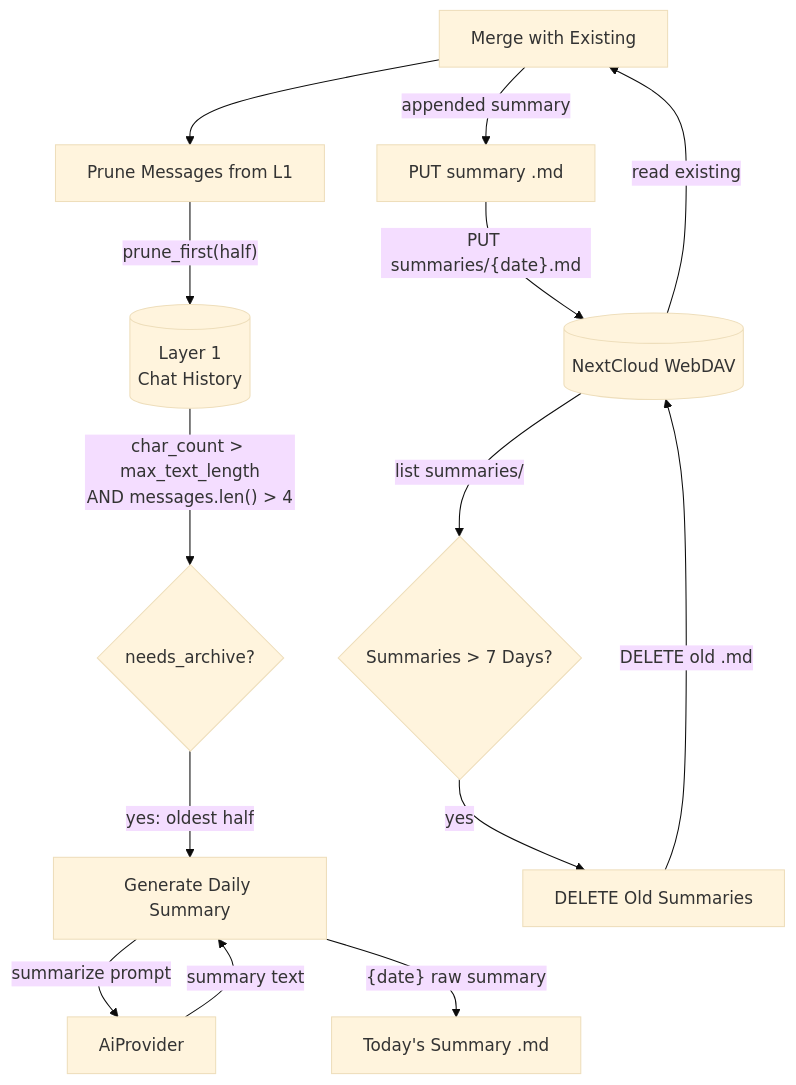
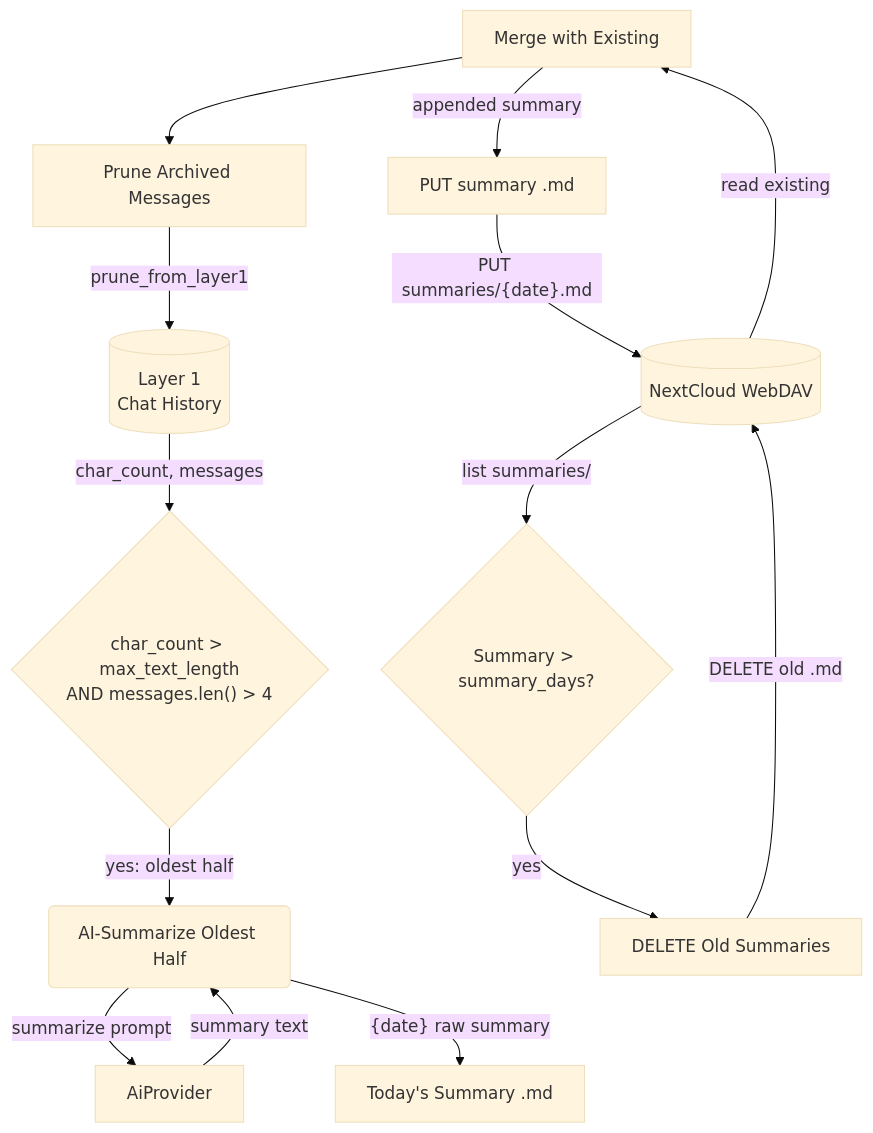
The second of 7 diagrams in _dfds/base/memory.md (cosmoswafer/rockbot), drawn with Mermaid (base theme) before and after one commit. The commit also changed other lines of this file and 3 other files, not shown here.

Commit message:
dfd: refactor memory management DFD — split retrieve/archive/persist flows, add snapshot-based crash recovery

````diff
--- a/_dfds/base/memory.md
+++ b/_dfds/base/memory.md
@@ -72,28 +78,28 @@
 ```mermaid
 flowchart TD
     L1[(Layer 1<br/>Chat History)]
-    CHECK{needs_archive?}
+    CHECK{"char_count > max_text_length<br/>AND messages.len() > 4"}
     AI[AiProvider]
-    GENERATE[Generate Daily Summary]
+    SUMMARIZE(AI-Summarize Oldest Half)
     TODAY[Today's Summary .md]
     MERGE[Merge with Existing]
     WRITE[PUT summary .md]
     WEBDAV[(NextCloud WebDAV)]
-    AGE{Summaries > 7 Days?}
+    AGE{Summary > summary_days?}
     DELETE[DELETE Old Summaries]
-    PRUNE[Prune Messages from L1]
+    PRUNE[Prune Archived Messages]
 
-    L1 -->|"char_count > max_text_length<br/>AND messages.len() > 4"| CHECK
-    CHECK -->|"yes: oldest half"| GENERATE
-    GENERATE -->|"summarize prompt"| AI
-    AI -->|"summary text"| GENERATE
-    GENERATE -->|"{date} raw summary"| TODAY
+    L1 -->|"char_count, messages"| CHECK
+    CHECK -->|"yes: oldest half"| SUMMARIZE
+    SUMMARIZE -->|"summarize prompt"| AI
+    AI -->|"summary text"| SUMMARIZE
+    SUMMARIZE -->|"{date} raw summary"| TODAY
     WEBDAV -->|"read existing"| MERGE
     MERGE -->|"appended summary"| WRITE
     WRITE -->|"PUT summaries/{date}.md"| WEBDAV
     MERGE --> PRUNE
-    PRUNE -->|"prune_first(half)"| L1
+    PRUNE -->|"prune_from_layer1"| L1
     WEBDAV -->|"list summaries/"| AGE
     AGE -->|"yes"| DELETE
     DELETE -->|"DELETE old .md"| WEBDAV
 ```
````
